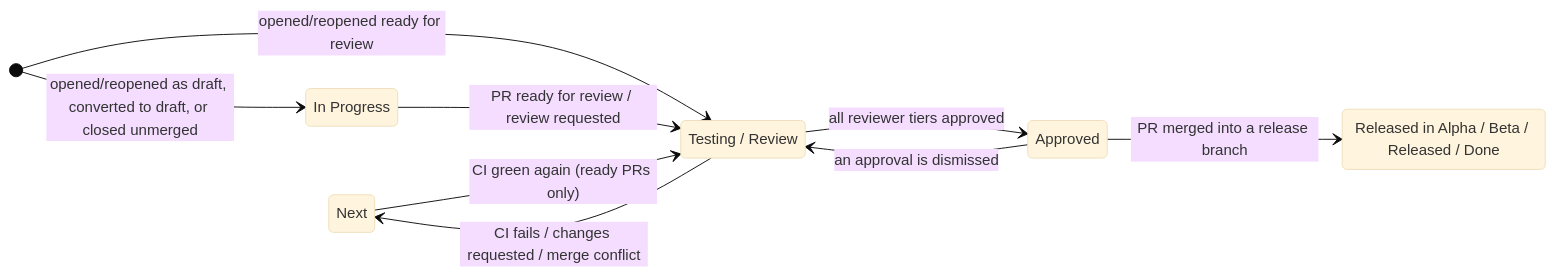
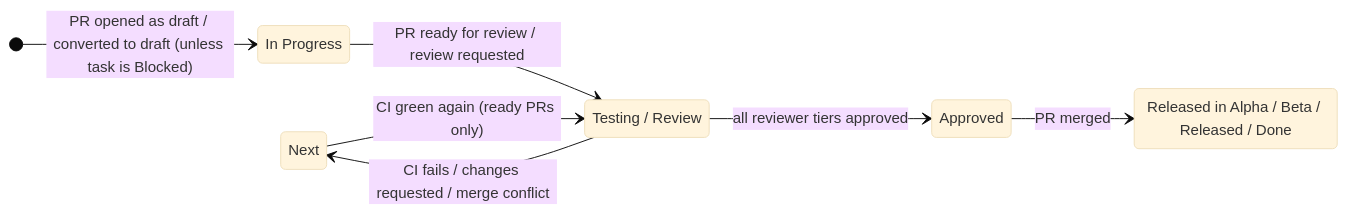
Before and after one commit to nsquared-team/asana-comment-on-task-github-action: the diagram in README.md, drawn with Mermaid (base theme). The commit also changed other lines of this file and 1 other file, not shown here.

````diff
--- a/README.md
+++ b/README.md
@@ -13,18 +11,16 @@
 ```mermaid
 stateDiagram-v2
     direction LR
     Next : Next
     InProgress : In Progress
     Testing : Testing / Review
     Approved : Approved
     Release : Released in Alpha / Beta / Released / Done
 
-    [*] --> InProgress : opened/reopened as draft, converted to draft, or closed unmerged
-    [*] --> Testing : opened/reopened ready for review
+    [*] --> InProgress : PR opened as draft / converted to draft (unless task is Blocked)
     InProgress --> Testing : PR ready for review / review requested
     Testing --> Next : CI fails / changes requested / merge conflict
     Next --> Testing : CI green again (ready PRs only)
     Testing --> Approved : all reviewer tiers approved
-    Approved --> Testing : an approval is dismissed
-    Approved --> Release : PR merged into a release branch
+    Approved --> Release : PR merged
 ```
````
